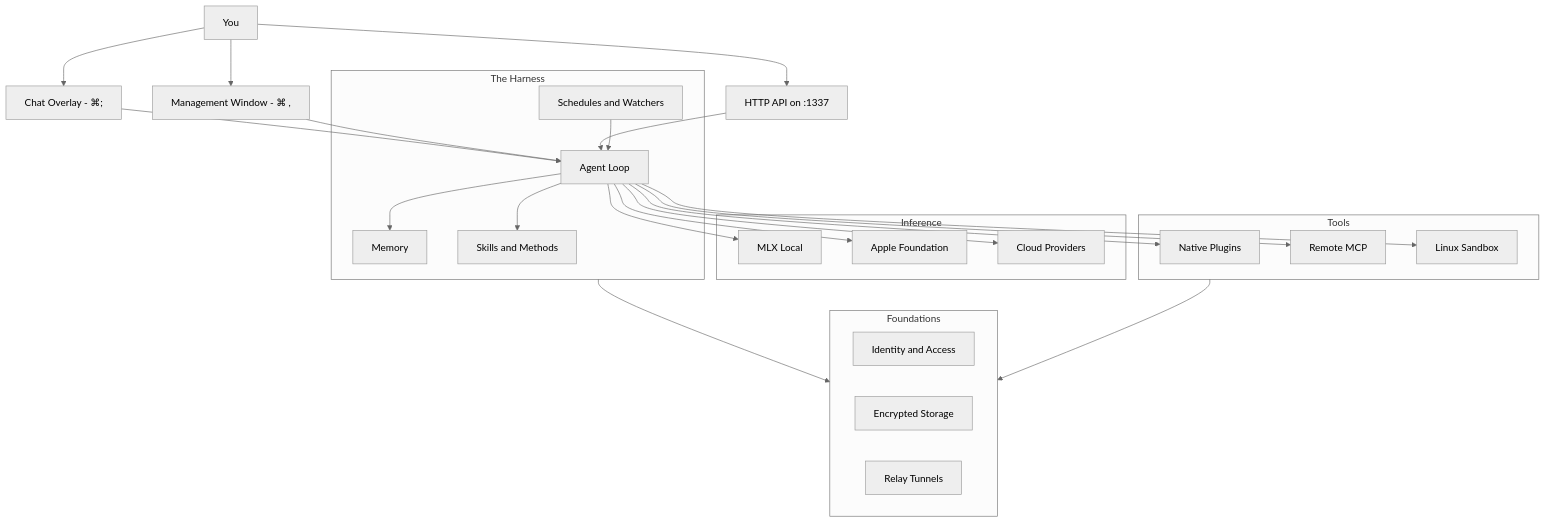
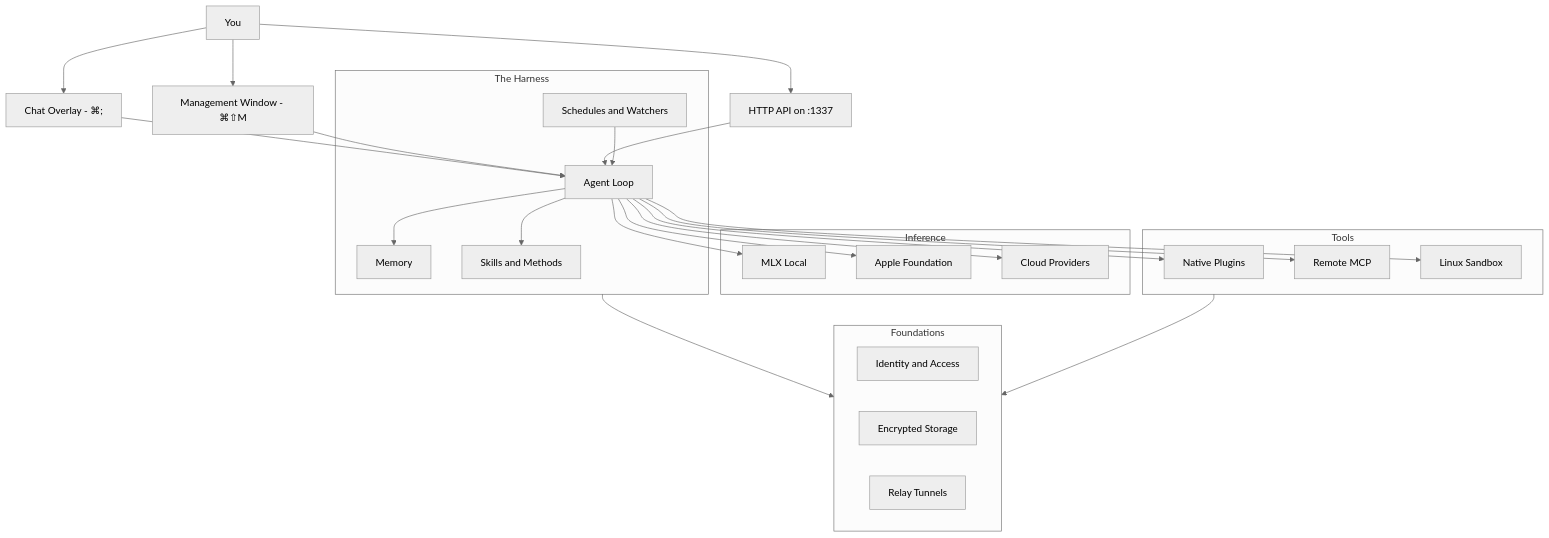
Before and after one commit to osaurus-ai/osaurus-docs: the diagram in docs/architecture.md, drawn with Mermaid (neutral theme). The commit also changed other lines of this file and 42 other files, not shown here.

````diff
--- a/docs/architecture.md
+++ b/docs/architecture.md
@@ -23,55 +23,55 @@
 ```mermaid
 flowchart TB
     User[You]
     Chat[Chat Overlay - ⌘;]
-    Mgmt[Management Window - ⌘ ,]
+    Mgmt[Management Window - ⌘⇧M]
     HTTP[HTTP API on :1337]
 
     User --> Chat
     User --> Mgmt
     User --> HTTP
 
     subgraph harness [The Harness]
         Loop[Agent Loop]
         Mem[Memory]
         Skills[Skills and Methods]
         Auto[Schedules and Watchers]
     end
 
     Chat --> Loop
     Mgmt --> Loop
     HTTP --> Loop
 
     Loop --> Mem
     Loop --> Skills
     Auto --> Loop
 
     subgraph providers [Inference]
         MLX[MLX Local]
         Foundation[Apple Foundation]
         Cloud[Cloud Providers]
     end
 
     Loop --> MLX
     Loop --> Foundation
     Loop --> Cloud
 
     subgraph plugins [Tools]
         Native[Native Plugins]
         MCP[Remote MCP]
         Sandbox[Linux Sandbox]
     end
 
     Loop --> Native
     Loop --> MCP
     Loop --> Sandbox
 
     subgraph foundationLayer [Foundations]
         Identity[Identity and Access]
         Storage[Encrypted Storage]
         Relay[Relay Tunnels]
     end
 
     harness --> foundationLayer
     plugins --> foundationLayer
 ```
````
